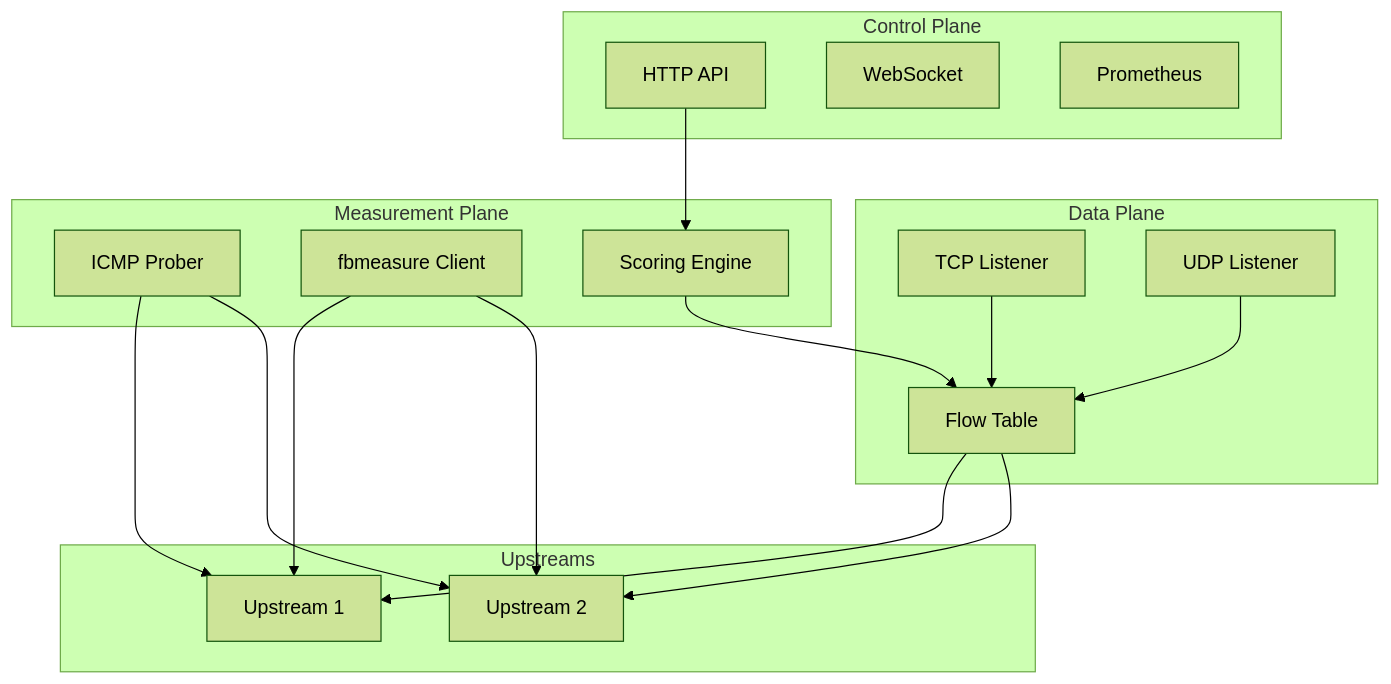
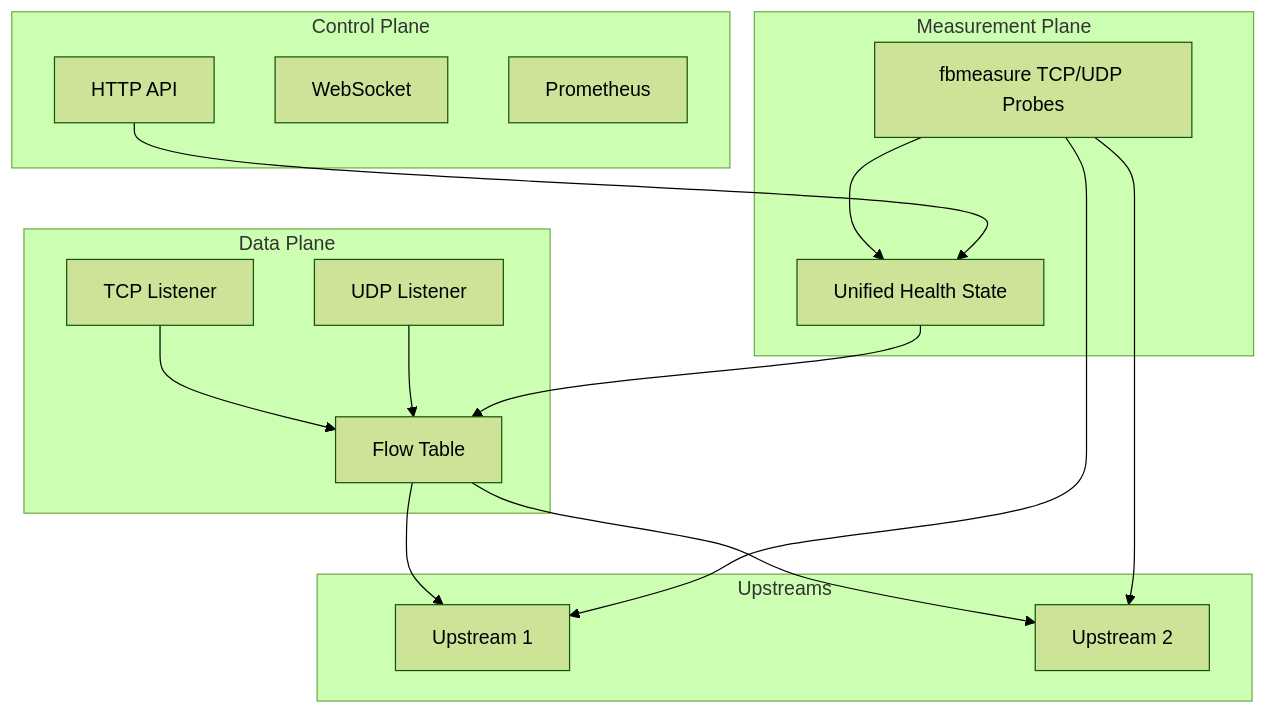
One commit to NodePath81/fbforward changed the first of 3 diagrams in doc/project-overview.md. Above: the diagram before and after it, drawn with Mermaid (forest theme). The commit also changed other lines of this file and 29 other files, not shown here.

````diff
--- a/doc/project-overview.md
+++ b/doc/project-overview.md
@@ -101,38 +98,35 @@
 ```mermaid
 graph TB
     subgraph Control Plane
         API[HTTP API]
         WS[WebSocket]
         Metrics[Prometheus]
     end
 
     subgraph Data Plane
         TCP[TCP Listener]
         UDP[UDP Listener]
         FT[Flow Table]
     end
 
     subgraph Measurement Plane
-        ICMP[ICMP Prober]
-        BW[fbmeasure Client]
-        Score[Scoring Engine]
+        Probe[fbmeasure TCP/UDP Probes]
+        Health[Unified Health State]
     end
 
     subgraph Upstreams
         U1[Upstream 1]
         U2[Upstream 2]
     end
 
     TCP --> FT
     UDP --> FT
     FT --> U1
     FT --> U2
 
-    ICMP --> U1
-    ICMP --> U2
-    BW --> U1
-    BW --> U2
-
-    Score --> FT
-    API --> Score
+    Probe --> U1
+    Probe --> U2
+    Probe --> Health
+    Health --> FT
+    API --> Health
 ```
````
